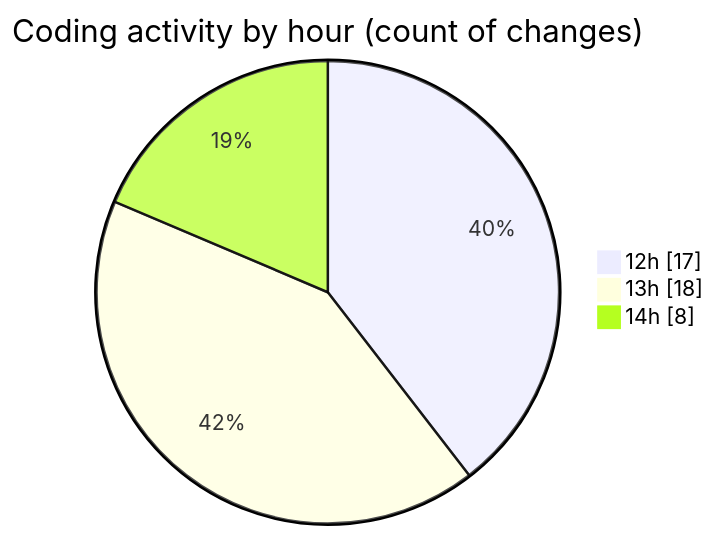
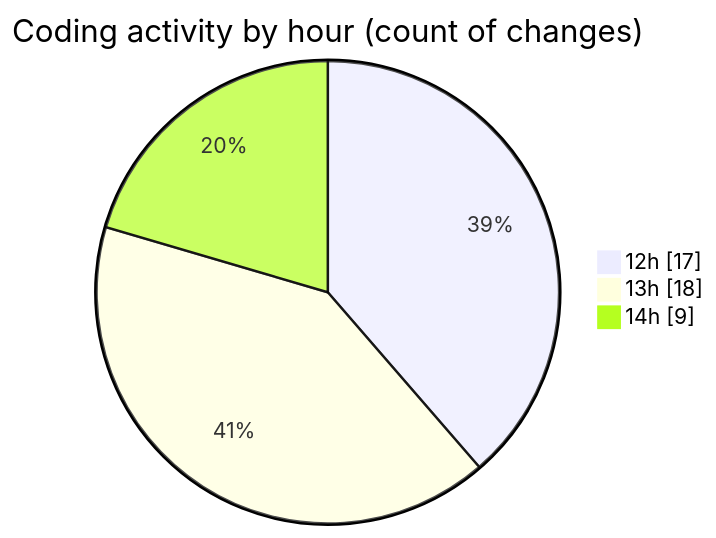
The second of 2 diagrams in 2025-06-01/video_app/README.md (CELIANVF/code-tracking), drawn with Mermaid before and after one commit. The commit also changed other lines of this file and 1 other file, not shown here.

````diff
--- a/2025-06-01/video_app/README.md
+++ b/2025-06-01/video_app/README.md
@@ -38,7 +38,7 @@
 ```mermaid
 pie showData
 title Coding activity by hour (count of changes)
 "12h" : 17
 "13h" : 18
-"14h" : 8
+"14h" : 9
 ```
````
